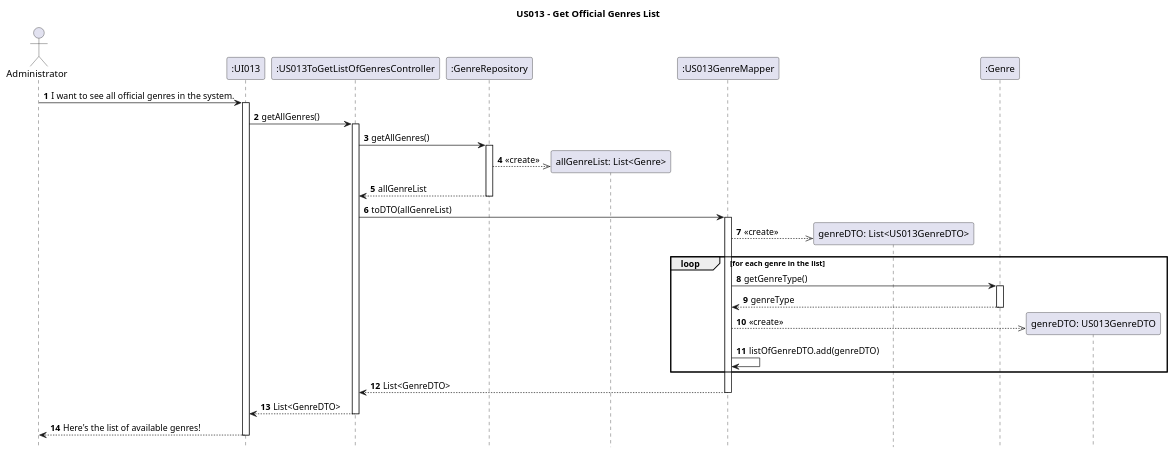
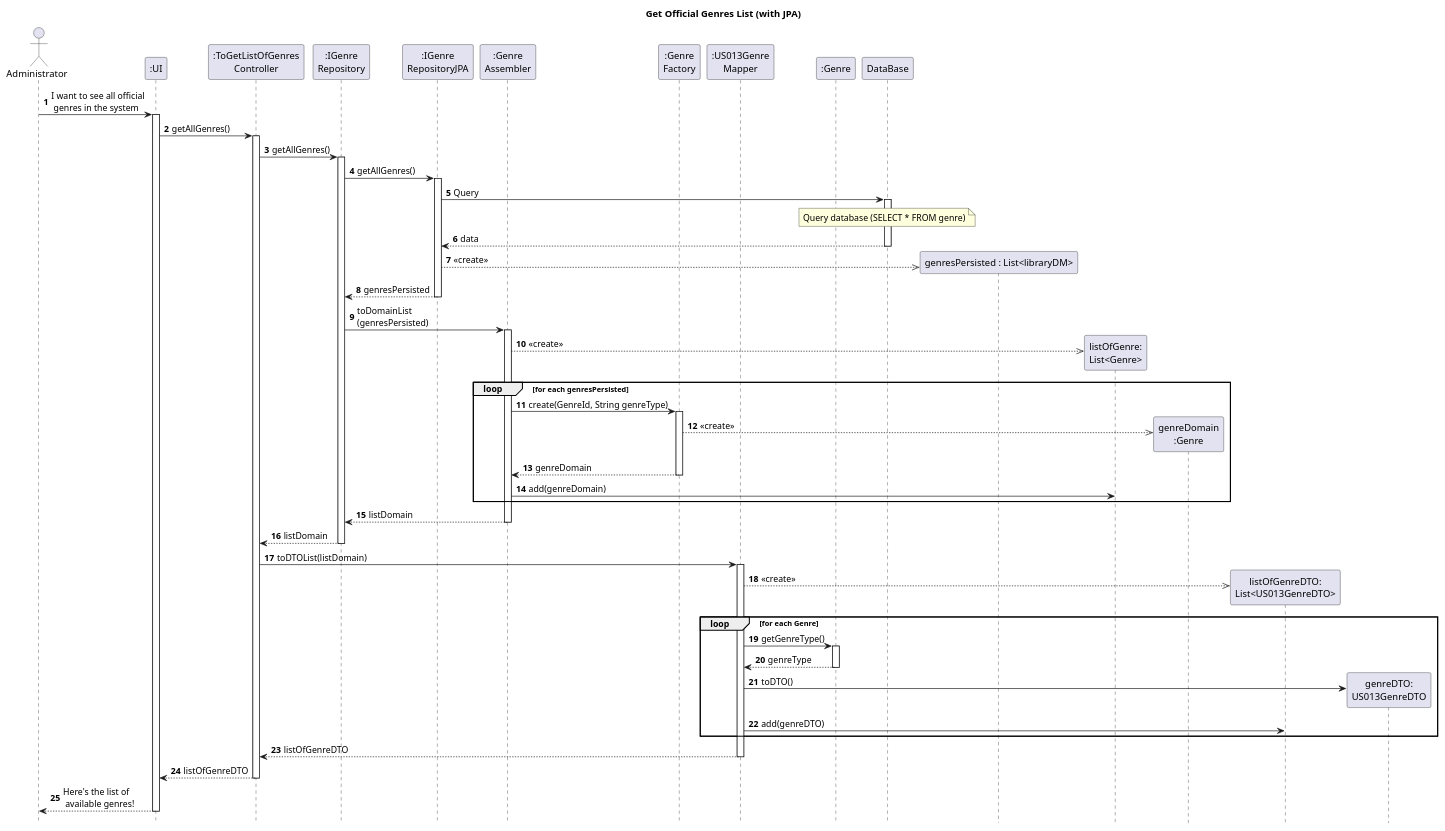
One commit to AndrePereiraGitH/SWitCH-Project-Team_A changed the diagram in Diagrams/SequenceDiagrams/N2/US013-to-get-official-genres-list.puml. Above: the diagram before and after it, drawn with PlantUML.

Commit message:
feat(#692):  update SD to include persistence layer. Added repository, JPA access, and assembler-based reconstruction flow while preserving domain isolation.

```diff
--- a/Diagrams/SequenceDiagrams/N2/US013-to-get-official-genres-list.puml
+++ b/Diagrams/SequenceDiagrams/N2/US013-to-get-official-genres-list.puml
@@ -1,53 +1,99 @@
 @startuml
+autonumber
 hide footbox
-autonumber
-
-title US013 - Get Official Genres List
+title Get Official Genres List (with JPA)
 
 actor Administrator as User
-participant ":UI013" as UI
-participant ":US013ToGetListOfGenresController" as Controller
-participant ":GenreRepository" as GenreRepo
-participant "allGenreList: List<Genre>" as allGenreList
-participant ":US013GenreMapper" as GenreMapper
-participant "genreDTO: List<US013GenreDTO>" as GenreDTO
-participant ":Genre" as Genre
-participant "genreDTO: US013GenreDTO" as GDTO
 
-User -> UI : I want to see all official genres in the system.
-    activate UI
+participant ":UI" as UI
+participant ":ToGetListOfGenres\nController" as C
+participant ":IGenre\nRepository" as GR
+participant ":IGenre\nRepositoryJPA" as GRJPA
+participant ":Genre\nAssembler" as Assembler
+participant ":Genre\nFactory" as Factory
+participant ":US013Genre\nMapper" as MAPPER
+participant ":Genre" as ENTITY
+participant "DataBase" as EM
 
-UI -> Controller : getAllGenres()
-activate Controller
+User -> UI : I want to see all official\n genres in the system
+activate UI
 
-Controller -> GenreRepo : getAllGenres()
-activate GenreRepo
-GenreRepo -->> allGenreList ** : <<create>>
-GenreRepo --> Controller : allGenreList
-deactivate GenreRepo
+UI -> C : getAllGenres()
+activate C
 
-Controller -> GenreMapper : toDTO(allGenreList)
-activate GenreMapper
+C -> GR : getAllGenres()
+activate GR
 
-GenreMapper -->> GenreDTO ** : <<create>>
+GR -> GRJPA : getAllGenres()
+activate GRJPA
 
-loop for each genre in the list
-    GenreMapper -> Genre : getGenreType()
-    activate Genre
-    Genre --> GenreMapper : genreType
-    deactivate Genre
+GRJPA -> EM : Query
+activate EM
 
-    GenreMapper -->> GDTO ** : <<create>>
+note over EM
+Query database (SELECT * FROM genre)
+end note
 
-    GenreMapper -> GenreMapper : listOfGenreDTO.add(genreDTO)
+EM --> GRJPA : data
+deactivate EM
+
+GRJPA -->> "genresPersisted : List<libraryDM>"** : <<create>>
+
+
+GRJPA --> GR : genresPersisted
+deactivate GRJPA
+
+GR -> Assembler : toDomainList\n(genresPersisted)
+activate Assembler
+
+create "listOfGenre:\nList<Genre>" as listDomain
+Assembler -->> listDomain : <<create>>
+
+loop for each genresPersisted
+    Assembler -> Factory : create(GenreId, String genreType)
+
+    activate Factory
+
+    create "genreDomain\n:Genre" as genreDomain
+    Factory -->> genreDomain : <<create>>
+
+    Factory --> Assembler : genreDomain
+    deactivate Factory
+
+    Assembler -> listDomain : add(genreDomain)
 end
 
-GenreMapper --> Controller : List<GenreDTO>
-deactivate GenreMapper
+Assembler --> GR : listDomain
+deactivate Assembler
 
-Controller --> UI : List<GenreDTO>
-deactivate Controller
+GR --> C : listDomain
+deactivate GR
 
-UI --> User : Here's the list of available genres!
-    deactivate UI
+C -> MAPPER : toDTOList(listDomain)
+activate MAPPER
+
+create "listOfGenreDTO:\nList<US013GenreDTO>" as listDTO
+MAPPER -->> listDTO : <<create>>
+
+loop for each Genre
+    MAPPER -> ENTITY : getGenreType()
+    activate ENTITY
+    ENTITY --> MAPPER : genreType
+    deactivate ENTITY
+
+    create "genreDTO:\nUS013GenreDTO" as genreDTO
+    MAPPER -> genreDTO : toDTO()
+
+    MAPPER -> listDTO : add(genreDTO)
+end
+
+MAPPER --> C : listOfGenreDTO
+deactivate MAPPER
+
+C --> UI : listOfGenreDTO
+deactivate C
+
+UI --> User : Here's the list of\n available genres!
+deactivate UI
+
 @enduml
```
